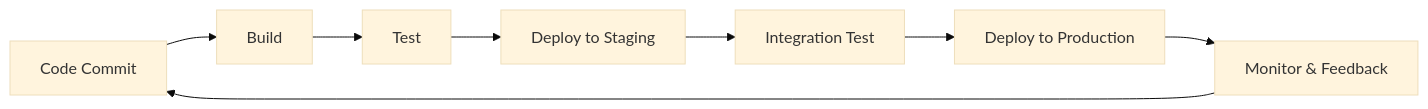
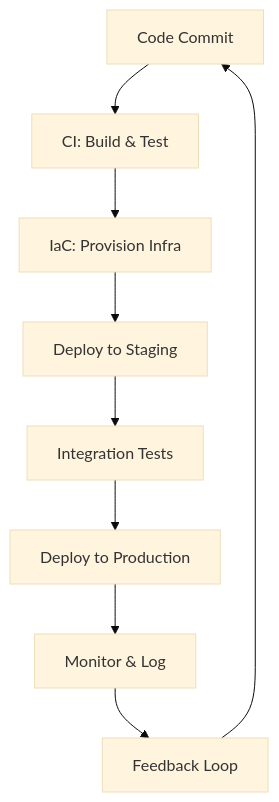
One commit to VrushankPatel/interview-matters changed the diagram in devops-and-infrastructure-as-code/README.md. Above: the diagram before and after it, drawn with Mermaid (base theme). The commit also changed other lines of this file and 6 other files, not shown here.

````diff
--- a/devops-and-infrastructure-as-code/README.md
+++ b/devops-and-infrastructure-as-code/README.md
@@ -39,10 +44,11 @@
 ```mermaid
-graph LR
-    A[Code Commit] --> B[Build]
-    B --> C[Test]
+graph TD
+    A[Code Commit] --> B[CI: Build & Test]
+    B --> C[IaC: Provision Infra]
     C --> D[Deploy to Staging]
-    D --> E[Integration Test]
+    D --> E[Integration Tests]
     E --> F[Deploy to Production]
-    F --> G[Monitor & Feedback]
-    G --> A
+    F --> G[Monitor & Log]
+    G --> H[Feedback Loop]
+    H --> A
 ```
````
